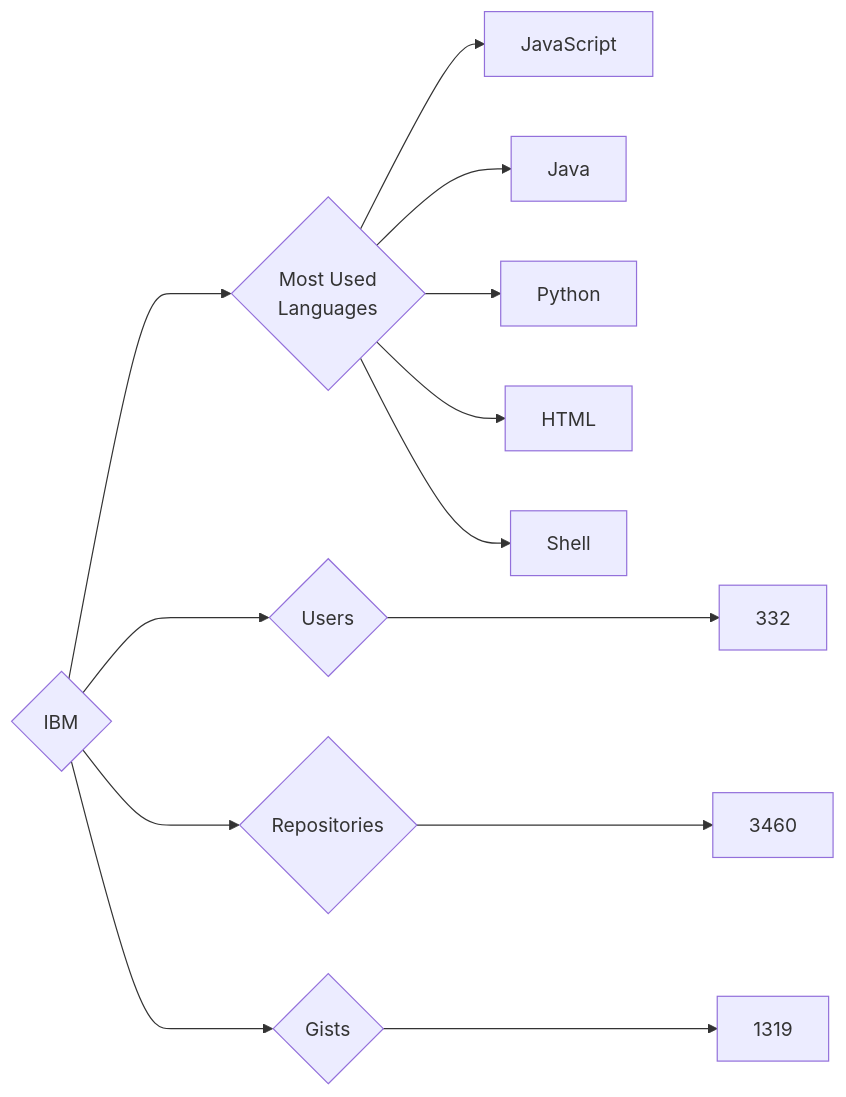
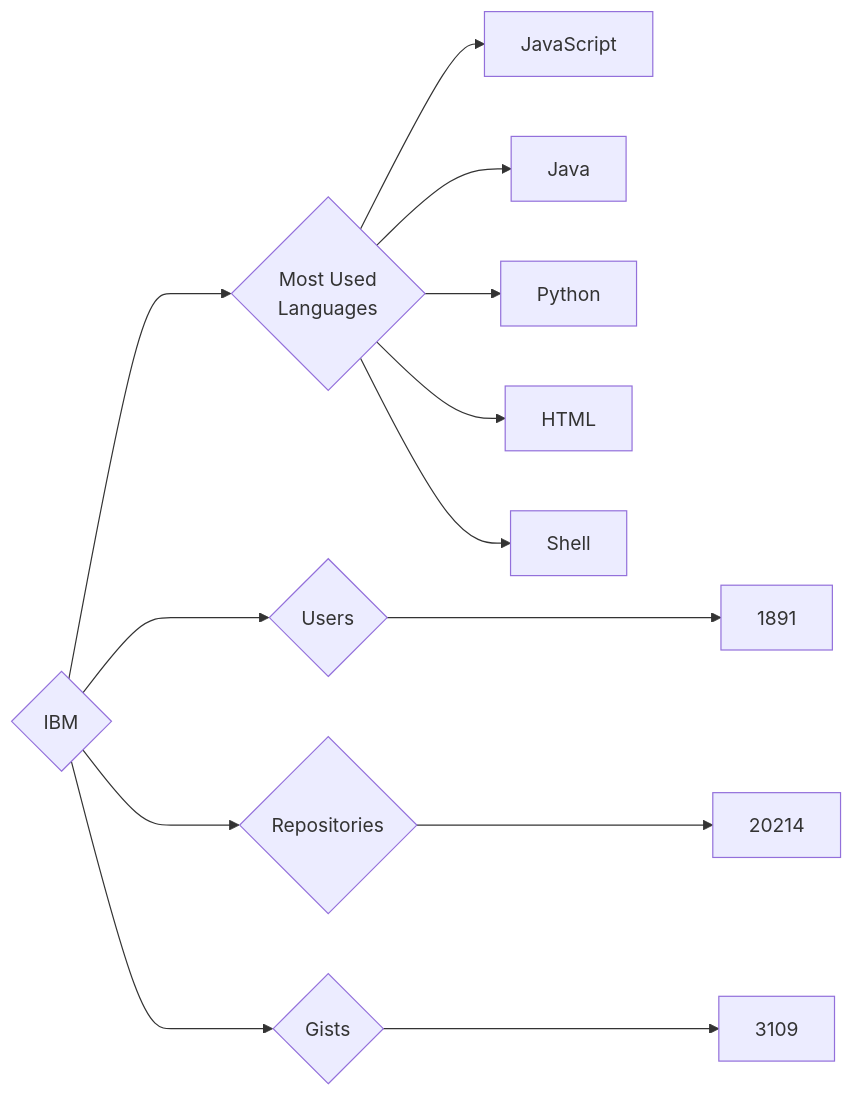
Before and after one commit to trickest/insiders: the diagram in targets/IBM/README.md, drawn with Mermaid. The commit also changed 757 other files, not shown here.

````diff
--- a/targets/IBM/README.md
+++ b/targets/IBM/README.md
@@ -3,13 +3,13 @@
 ```mermaid
 graph LR
 COMPANY_NAME{IBM}
-COMPANY_NAME ---> U{Users} ---> UN[332]
-COMPANY_NAME ---> R{Repositories} ---> RN[3460]
-COMPANY_NAME ---> G{Gists} ---> GN[1319]
+COMPANY_NAME ---> U{Users} ---> UN[1891]
+COMPANY_NAME ---> R{Repositories} ---> RN[20214]
+COMPANY_NAME ---> G{Gists} ---> GN[3109]
 COMPANY_NAME ---> ML{Most Used<br>Languages}
 ML --> JavaScript[JavaScript]
 ML --> Java[Java]
 ML --> Python[Python]
 ML --> HTML[HTML]
 ML --> Shell[Shell]
 ```
````
